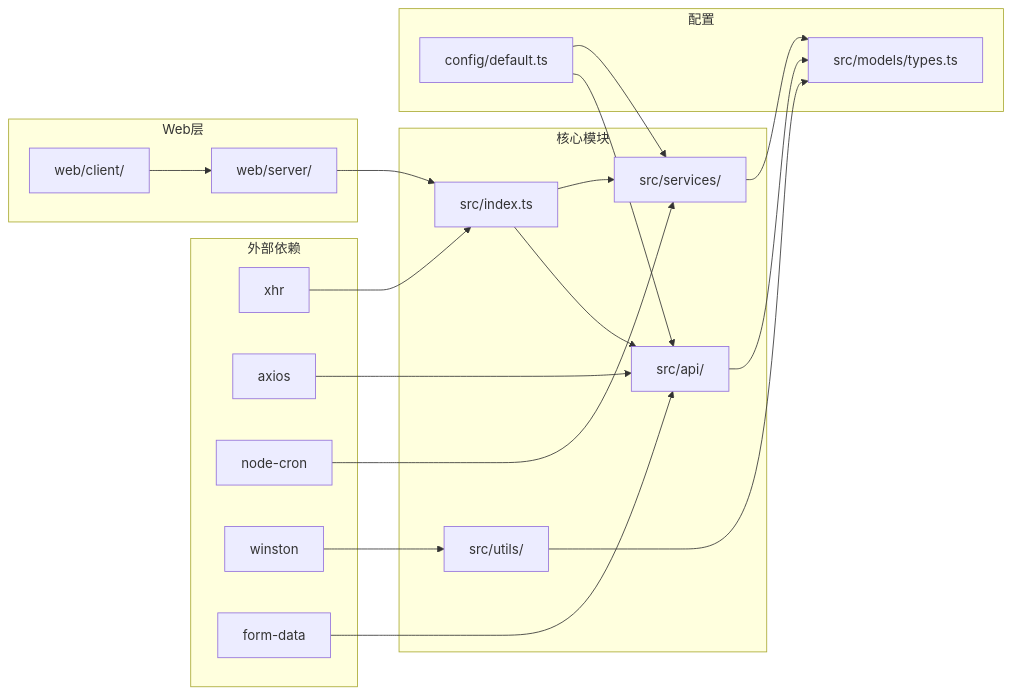
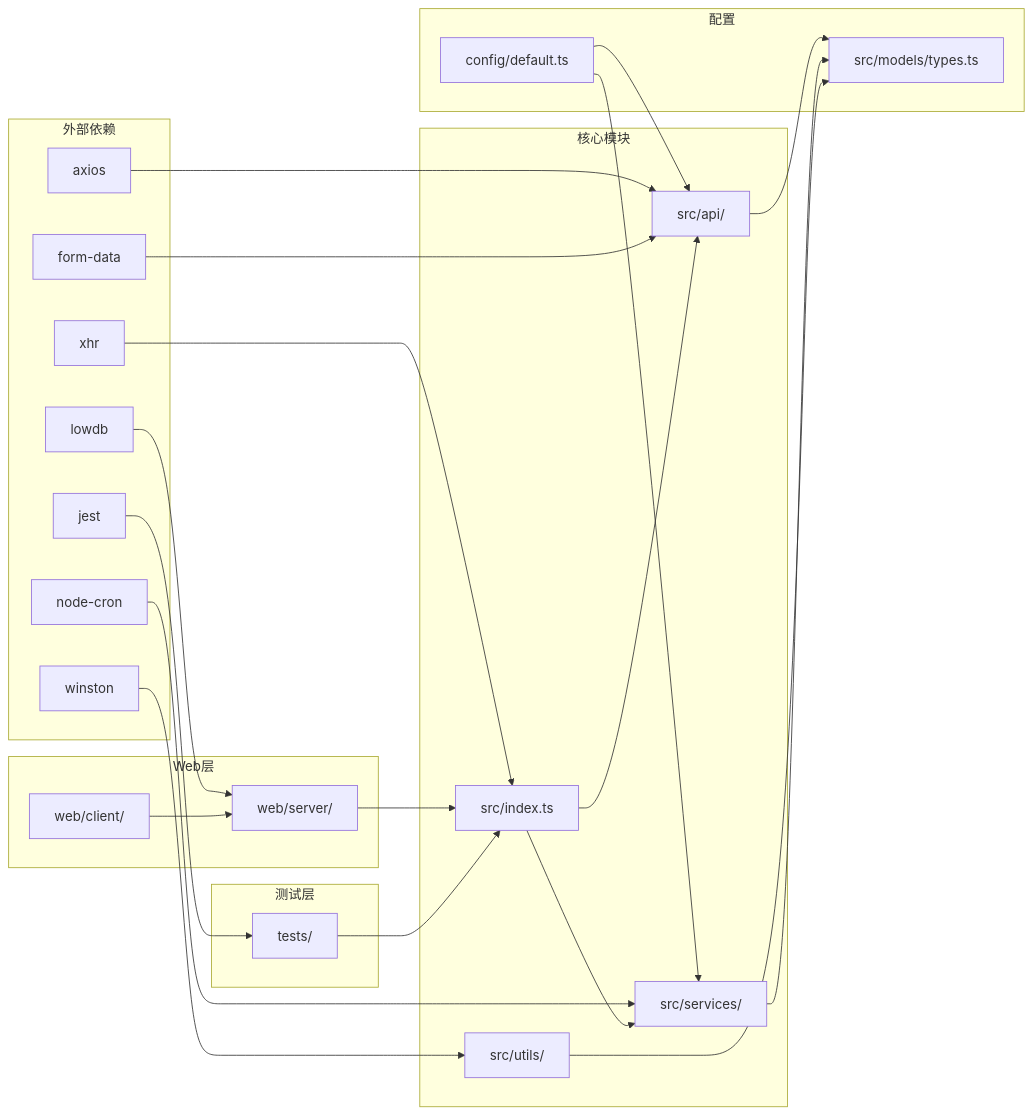
One commit to songdiyang/clawOperations changed the tenth of 10 diagrams in .qoder/repowiki/zh/content/核心模块详解/认证模块/抖音认证系统.md. Above: the diagram before and after it, drawn with Mermaid. The commit also changed other lines of this file and 6 other files, not shown here.

````diff
--- a/.qoder/repowiki/zh/content/核心模块详解/认证模块/抖音认证系统.md
+++ b/.qoder/repowiki/zh/content/核心模块详解/认证模块/抖音认证系统.md
@@ -348,38 +457,46 @@
 ```mermaid
 graph LR
 subgraph "外部依赖"
 A[xhr]
 B[axios]
 C[node-cron]
 D[winston]
 E[form-data]
+F[lowdb]
+G[jest]
 end
 subgraph "核心模块"
-F[src/index.ts]
-G[src/api/]
-H[src/services/]
-I[src/utils/]
+H[src/index.ts]
+I[src/api/]
+J[src/services/]
+K[src/utils/]
 end
 subgraph "配置"
-J[config/default.ts]
-K[src/models/types.ts]
+L[config/default.ts]
+M[src/models/types.ts]
 end
 subgraph "Web层"
-L[web/server/]
-M[web/client/]
+N[web/server/]
+O[web/client/]
 end
-A --> F
-B --> G
-C --> H
-D --> I
-E --> G
-F --> G
-F --> H
-G --> K
-H --> K
-I --> K
-J --> G
-J --> H
-L --> F
-M --> L
+subgraph "测试层"
+P[tests/]
+end
+A --> H
+B --> I
+C --> J
+D --> K
+E --> I
+F --> N
+G --> P
+H --> I
+H --> J
+I --> M
+J --> M
+K --> M
+L --> I
+L --> J
+N --> H
+O --> N
+P --> H
 ```
````
